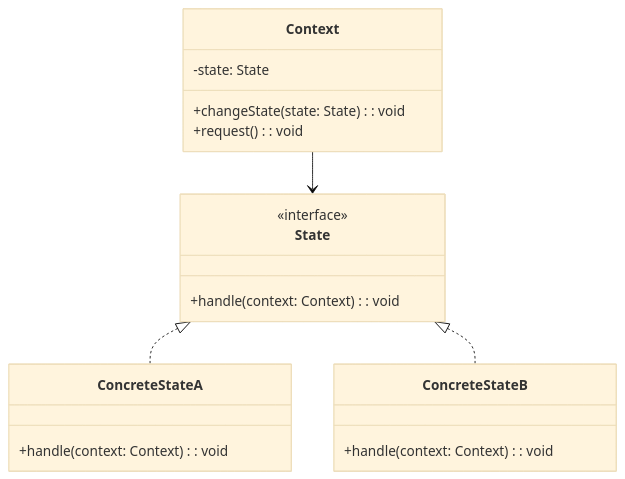
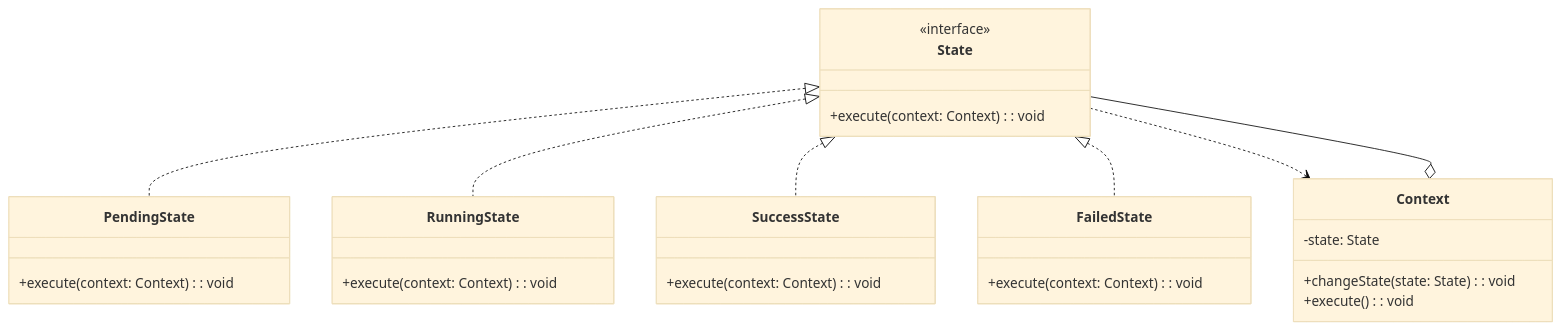
One commit to ryan-alexander-zhang/java-design-patterns changed the diagram in state-pattern/README.md. Above: the diagram before and after it, drawn with Mermaid (base theme). The commit also changed other lines of this file and 9 other files, not shown here.

````diff
--- a/state-pattern/README.md
+++ b/state-pattern/README.md
@@ -3,25 +6,30 @@
 ```mermaid
 classDiagram
+    class State {
+        <<interface>>
+        +execute(context: Context): void
+    }
+    class PendingState {
+        +execute(context: Context): void
+    }
+    class RunningState {
+        +execute(context: Context): void
+    }
+    class SuccessState {
+        +execute(context: Context): void
+    }
+    class FailedState {
+        +execute(context: Context): void
+    }
     class Context {
         -state: State
         +changeState(state: State): void
-        +request(): void
+        +execute(): void
     }
-
-    class State {
-        <<interface>>
-        +handle(context: Context): void
-    }
-
-    class ConcreteStateA {
-        +handle(context: Context): void
-    }
-
-    class ConcreteStateB {
-        +handle(context: Context): void
-    }
-
-    Context --> State
-    State <|.. ConcreteStateA
-    State <|.. ConcreteStateB
+    State <|.. PendingState
+    State <|.. RunningState
+    State <|.. SuccessState
+    State <|.. FailedState
+    State ..> Context
+    Context o-- State
 ```
````
